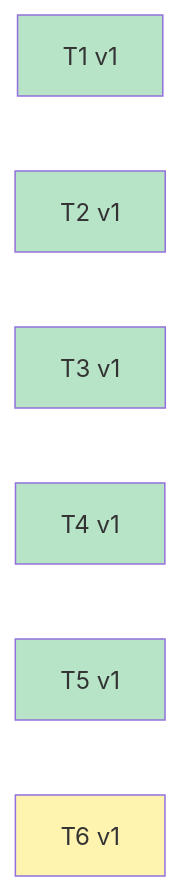
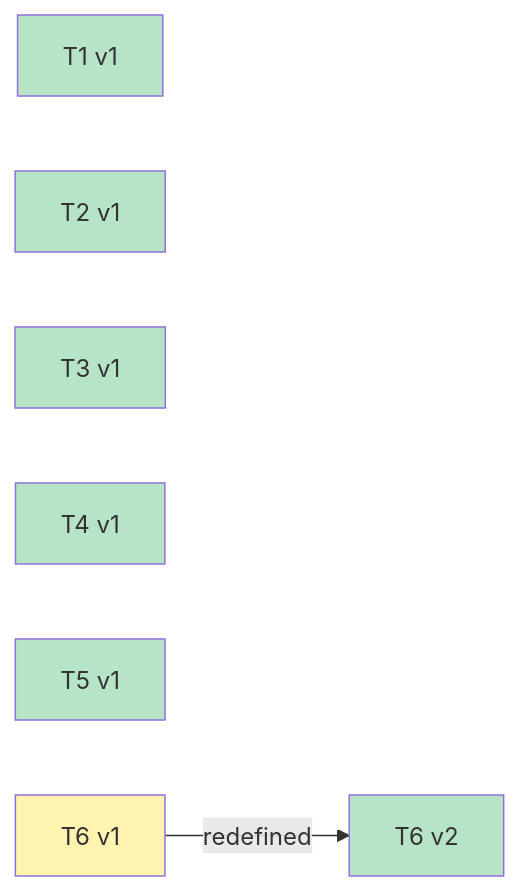
One commit to Curry09/OpenAgents changed diagram 29 of 29 in docs/specs/OVERVIEW.md. Above: the diagram before and after it, drawn with Mermaid. The commit also changed other lines of this file and 38 other files, not shown here.

````diff
--- a/docs/specs/OVERVIEW.md
+++ b/docs/specs/OVERVIEW.md
@@ -654,17 +654,20 @@
 ```mermaid
 graph LR
     v_T1_1["T1 v1"]
     v_T2_1["T2 v1"]
     v_T3_1["T3 v1"]
     v_T4_1["T4 v1"]
     v_T5_1["T5 v1"]
     v_T6_1["T6 v1"]
+    v_T6_2["T6 v2"]
+    v_T6_1 -->|redefined| v_T6_2
     classDef st_done fill:#b7e4c7;
     classDef st_in_progress fill:#fff3b0;
     class v_T1_1 st_done;
     class v_T2_1 st_done;
     class v_T3_1 st_done;
     class v_T4_1 st_done;
     class v_T5_1 st_done;
     class v_T6_1 st_in_progress;
+    class v_T6_2 st_done;
 ```
````
